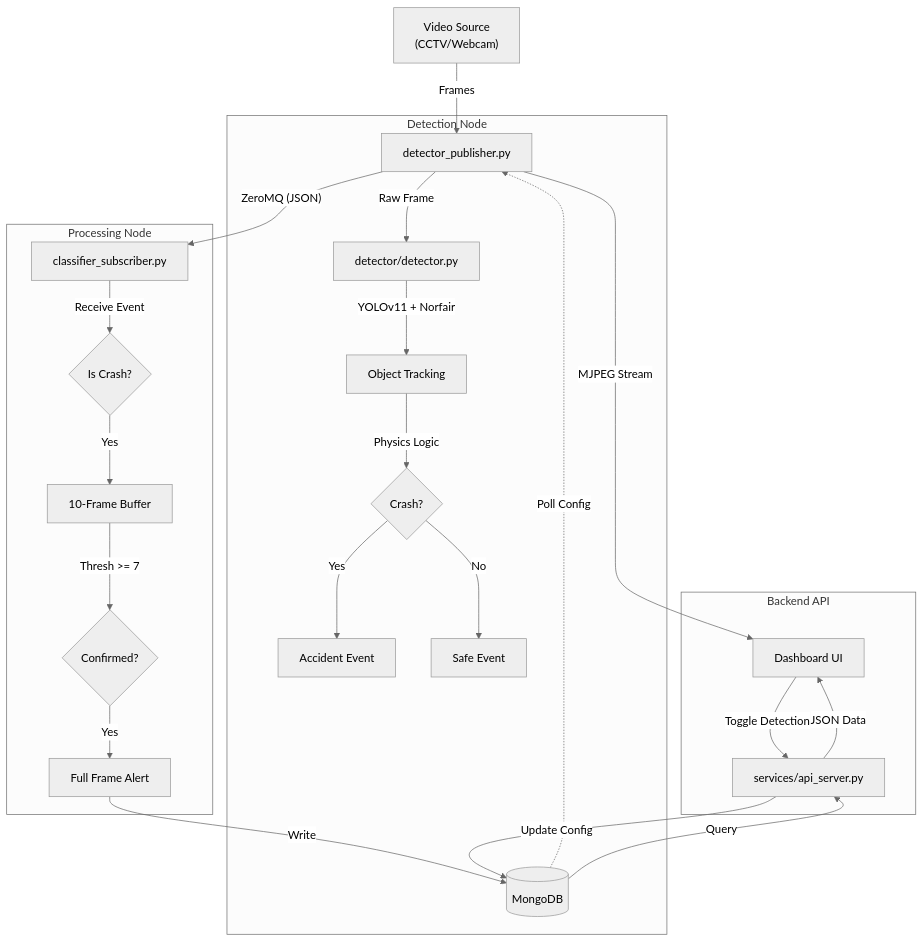
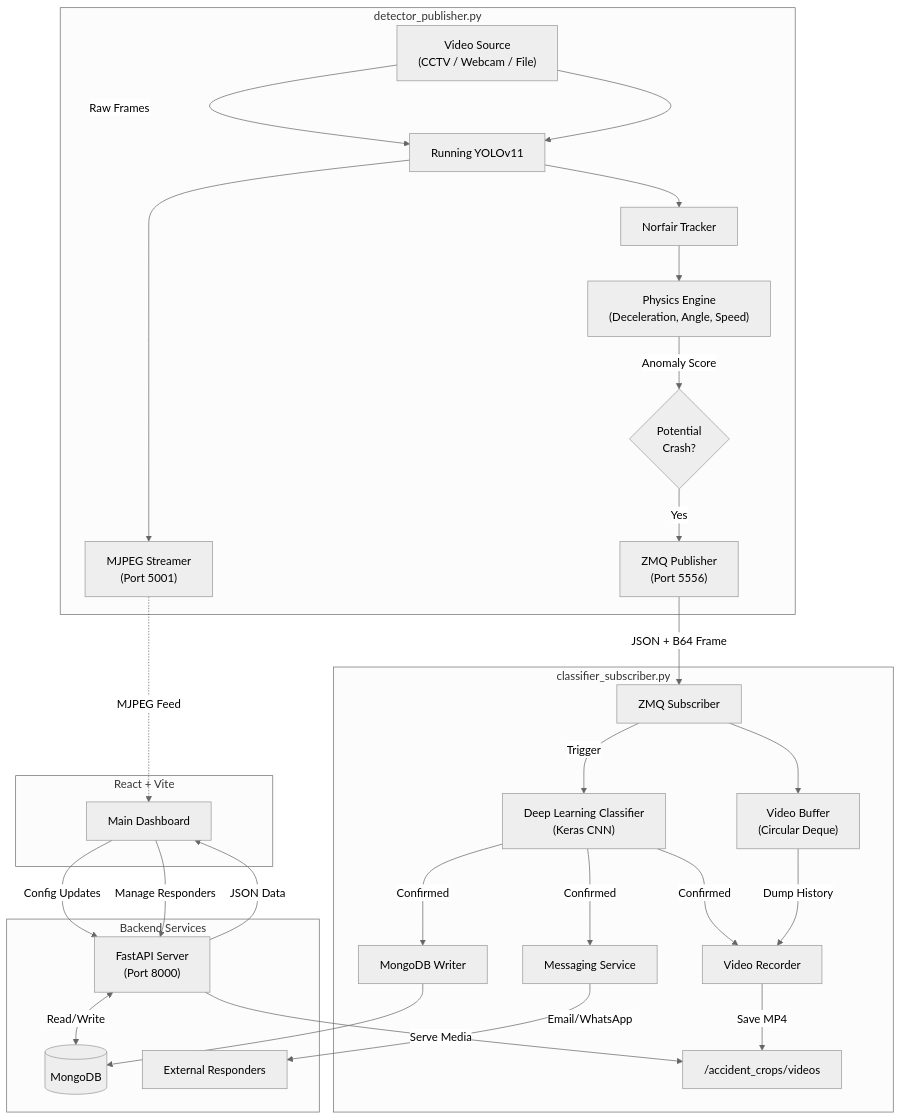
One commit to Rama-53/accident-detction-2.0 changed the diagram in SYSTEM_ARCHITECTURE.md. Above: the diagram before and after it, drawn with Mermaid (neutral theme). The commit also changed other lines of this file and 3 other files, not shown here.

````diff
--- a/SYSTEM_ARCHITECTURE.md
+++ b/SYSTEM_ARCHITECTURE.md
@@ -7,36 +5,62 @@
 ```mermaid
 graph TD
-    Video["Video Source<br>(CCTV/Webcam)"] -->|Frames| Publisher[detector_publisher.py]
-    
-    subgraph Detection Node
-        Publisher -->|"Raw Frame"| Detector[detector/detector.py]
-        Detector -->|"YOLOv11 + Norfair"| Tracking[Object Tracking]
-        Tracking -->|"Physics Logic"| CrashCheck{Crash?}
-        CrashCheck -->|Yes| Event[Accident Event]
-        CrashCheck -->|No| Safe[Safe Event]
+    %% Sources
+    Source["Video Source<br>(CCTV / Webcam / File)"] -->|Raw Frames| Detector
+
+    %% 1. Detector Node
+    subgraph Detection Node [detector_publisher.py]
+        Detector["Running YOLOv11"]
+        Tracker["Norfair Tracker"]
+        Physics["Physics Engine<br>(Deceleration, Angle, Speed)"]
+        StreamServer["MJPEG Streamer<br>(Port 5001)"]
         
-        %% Config Loop
-        DB[(MongoDB)] .->|"Poll Config"| Publisher
+        Source --> Detector
+        Detector --> Tracker
+        Tracker --> Physics
+        Physics -->|Anomaly Score| CrashCheck{Potential<br>Crash?}
+        
+        CrashCheck -->|Yes| Pub["ZMQ Publisher<br>(Port 5556)"]
+        Detector --> StreamServer
     end
 
-    Publisher -->|"MJPEG Stream"| Dashboard["Dashboard UI"]
-    Publisher -->|"ZeroMQ (JSON)"| Subscriber[classifier_subscriber.py]
-
-    subgraph Processing Node
-        Subscriber -->|"Receive Event"| Filter{Is Crash?}
-        Filter -->|Yes| Buffer[10-Frame Buffer]
-        Buffer -->|"Thresh >= 7"| Confirmed{Confirmed?}
-        Confirmed -->|Yes| Alert[Full Frame Alert]
-        Alert -->|Write| DB
+    %% 2. Subscriber Node
+    subgraph Processing Node [classifier_subscriber.py]
+        Sub["ZMQ Subscriber"]
+        Buffer["Video Buffer<br>(Circular Deque)"]
+        Classifier["Deep Learning Classifier<br>(Keras CNN)"]
+        Recorder["Video Recorder"]
         
-        %% Crop logic disabled per user request
-        %% Confirmed -->|Crop| LPR[License Plate Recog]
+        Pub -->|JSON + B64 Frame| Sub
+        Sub --> Buffer
+        Sub -->|Trigger| Classifier
+        
+        Classifier -->|Confirmed| Recorder
+        Buffer -->|Dump History| Recorder
+        Recorder -->|Save MP4| Diskstorage["/accident_crops/videos"]
+        
+        Classifier -->|Confirmed| DB_Writer["MongoDB Writer"]
+        Classifier -->|Confirmed| Notifier["Messaging Service"]
     end
 
-    subgraph Backend API
-        DB -->|Query| API[services/api_server.py]
-        API -->|"JSON Data"| Dashboard
-        Dashboard -->|"Toggle Detection"| API
-        API -->|"Update Config"| DB
+    %% 3. Backend & Storage
+    subgraph Backend Services
+        DB[(MongoDB)]
+        API["FastAPI Server<br>(Port 8000)"]
+        
+        DB_Writer --> DB
+        Notifier -->|Email/WhatsApp| Responders["External Responders"]
+        
+        API <-->|Read/Write| DB
+        API -->|Serve Media| Diskstorage
+    end
+
+    %% 4. Frontend
+    subgraph Dashboard UI [React + Vite]
+        UI["Main Dashboard"]
+        
+        StreamServer -.->|MJPEG Feed| UI
+        API -->|JSON Data| UI
+        UI -->|Config Updates| API
+        UI -->|Manage Responders| API
     end
 ```
````
